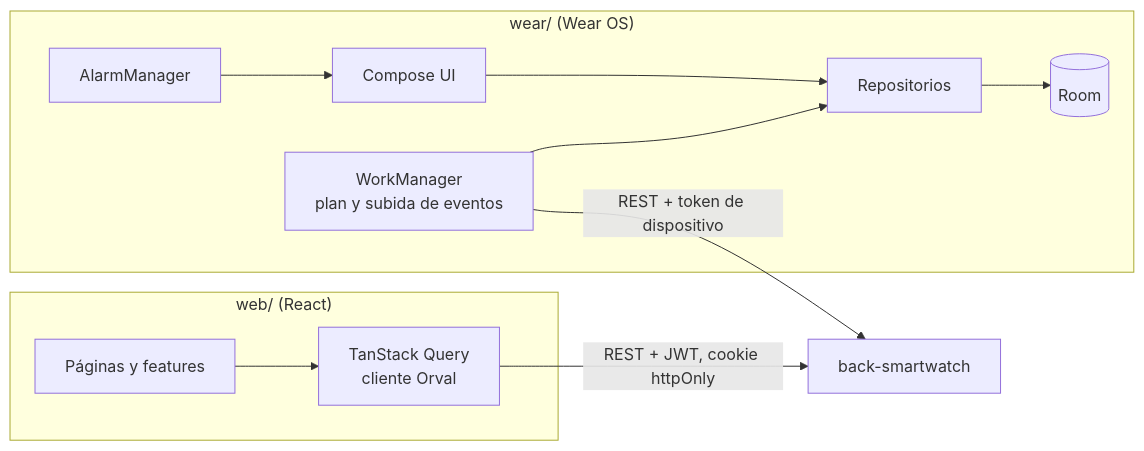
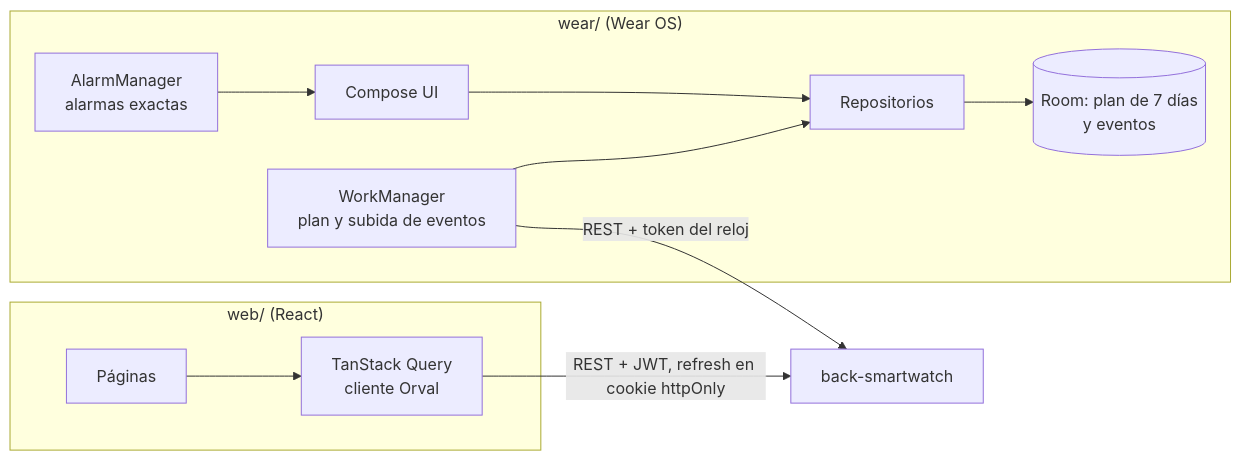
Before and after one commit to StehvenObandoUcc/front-smartwatch: the diagram in README.md, drawn with Mermaid. The commit also changed other lines of this file, not shown here.

````diff
--- a/README.md
+++ b/README.md
@@ -87,14 +49,14 @@
 ```mermaid
 flowchart LR
     subgraph Reloj["wear/ (Wear OS)"]
         UI["Compose UI"] --> Repo["Repositorios"]
-        Repo --> Room[("Room")]
-        Alarm["AlarmManager"] --> UI
+        Repo --> Room[("Room: plan de 7 días<br/>y eventos")]
+        Alarm["AlarmManager<br/>alarmas exactas"] --> UI
         Sync["WorkManager<br/>plan y subida de eventos"] --> Repo
     end
     subgraph Web["web/ (React)"]
-        Pages["Páginas y features"] --> Query["TanStack Query<br/>cliente Orval"]
+        Pages["Páginas"] --> Query["TanStack Query<br/>cliente Orval"]
     end
-    Sync -->|REST + token de dispositivo| API
-    Query -->|REST + JWT, cookie httpOnly| API["back-smartwatch"]
+    Sync -->|REST + token del reloj| API["back-smartwatch"]
+    Query -->|REST + JWT, refresh en cookie httpOnly| API
 ```
````
